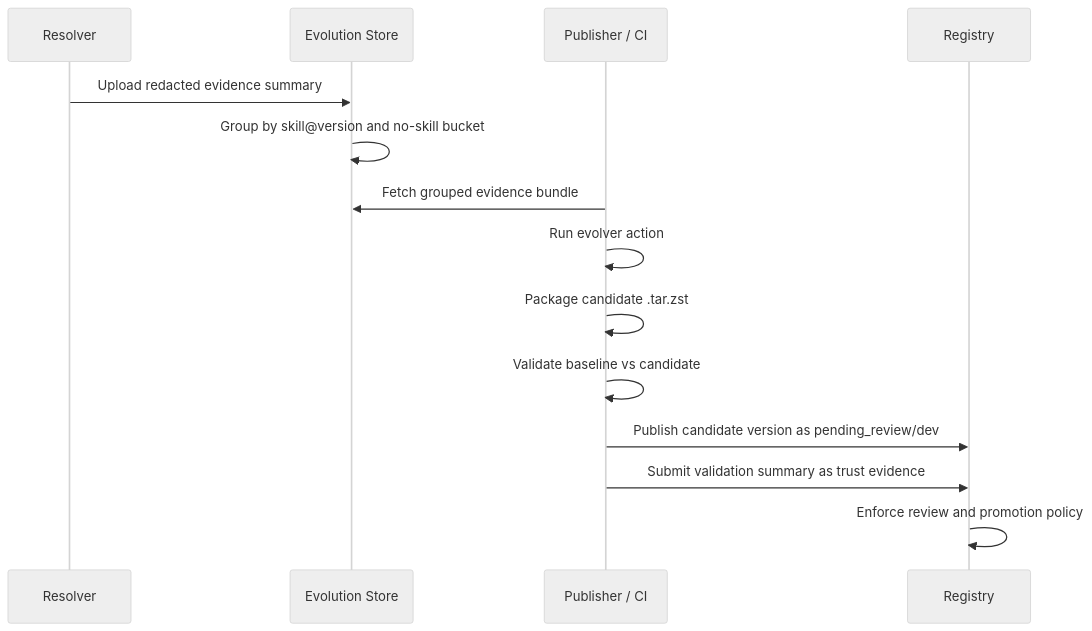
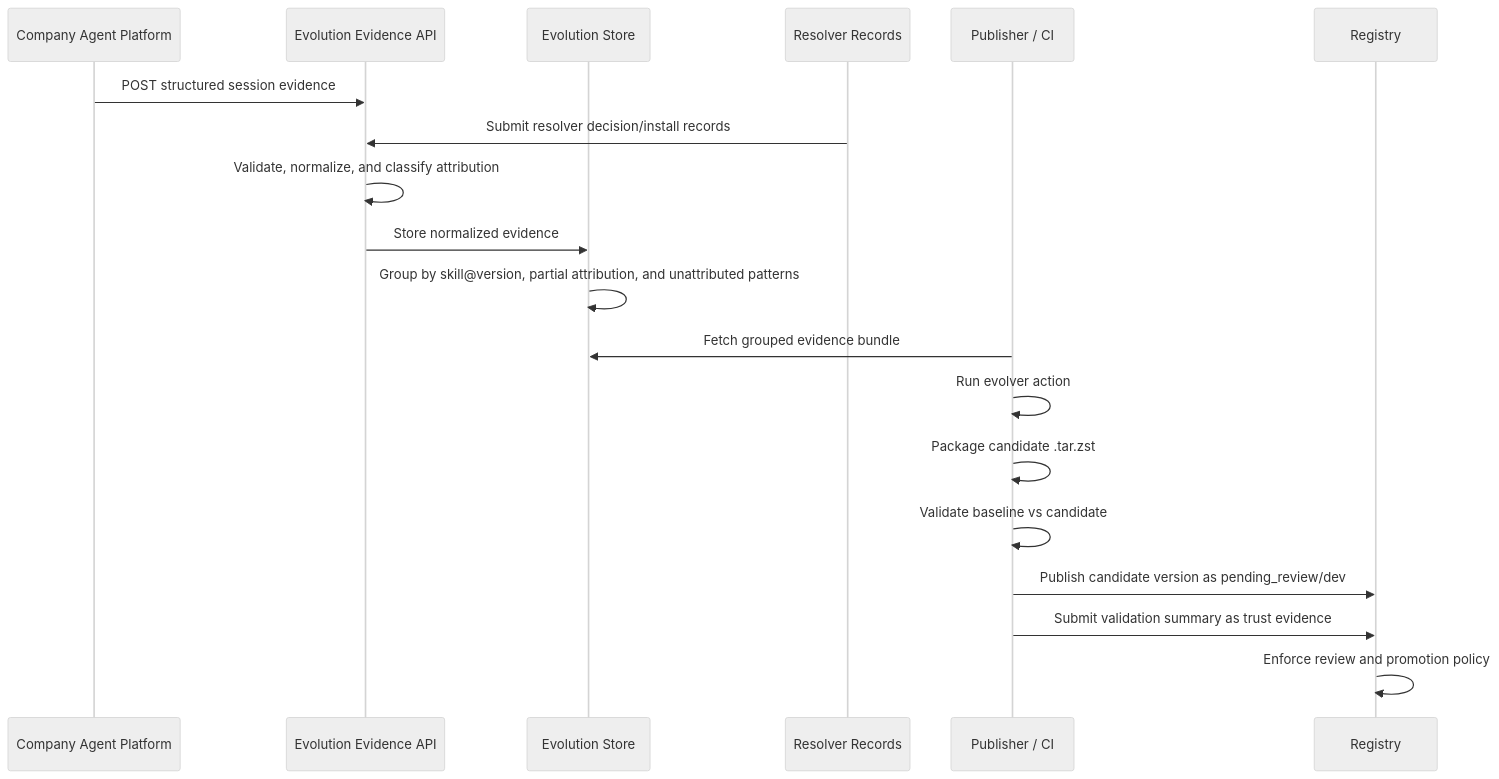
Before and after one commit to aptitude-stack/registery: the second of 2 diagrams in docs/drafts/collective-skill-evolution.md, drawn with Mermaid (neutral theme). The commit also changed other lines of this file and 5 other files, not shown here.

Commit message:
Rename docs/drafts/microservice-system-architecture.md to docs/drafts/ol

````diff
--- a/docs/drafts/collective-skill-evolution.md
+++ b/docs/drafts/collective-skill-evolution.md
@@ -234,17 +395,22 @@
 ```mermaid
 sequenceDiagram
-    participant R as Resolver
+    participant C as Company Agent Platform
+    participant A as Evolution Evidence API
     participant E as Evolution Store
+    participant R as Resolver Records
     participant P as Publisher / CI
     participant G as Registry
 
-    R->>E: Upload redacted evidence summary
-    E->>E: Group by skill@version and no-skill bucket
+    C->>A: POST structured session evidence
+    R->>A: Submit resolver decision/install records
+    A->>A: Validate, normalize, and classify attribution
+    A->>E: Store normalized evidence
+    E->>E: Group by skill@version, partial attribution, and unattributed patterns
     P->>E: Fetch grouped evidence bundle
     P->>P: Run evolver action
     P->>P: Package candidate .tar.zst
     P->>P: Validate baseline vs candidate
     P->>G: Publish candidate version as pending_review/dev
     P->>G: Submit validation summary as trust evidence
     G->>G: Enforce review and promotion policy
 ```
````
